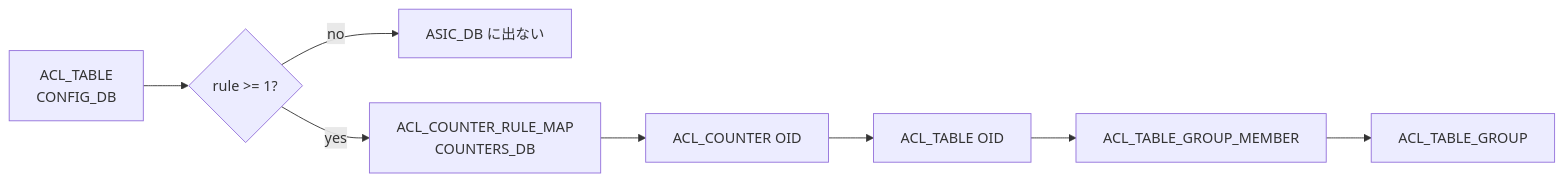
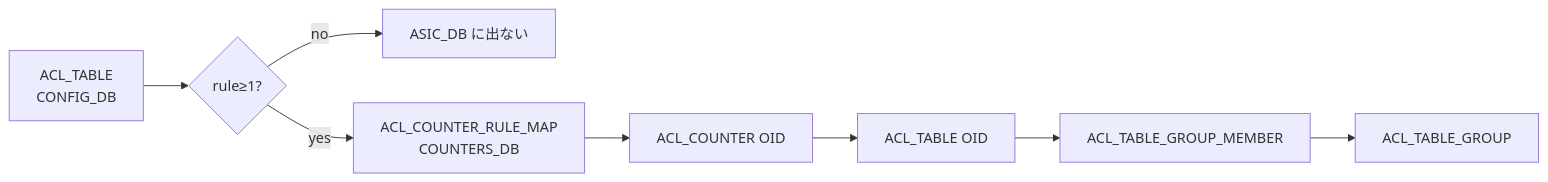
The diagram in docs/internals/dump-utility-for-easy-debugging.md (aoki-taquan/sonic-unofficial-docs), drawn with Mermaid before and after one commit. The commit also changed other lines of this file and 7 other files, not shown here.

````diff
--- a/docs/internals/dump-utility-for-easy-debugging.md
+++ b/docs/internals/dump-utility-for-easy-debugging.md
@@ -111,10 +82,10 @@
 ```mermaid
 flowchart LR
-  AT[ACL_TABLE<br>CONFIG_DB] --> H{rule >= 1?}
+  AT[ACL_TABLE<br>CONFIG_DB] --> H{rule≥1?}
   H -- no --> X[ASIC_DB に出ない]
   H -- yes --> ACR[ACL_COUNTER_RULE_MAP<br>COUNTERS_DB]
   ACR --> COID[ACL_COUNTER OID]
   COID --> TOID[ACL_TABLE OID]
   TOID --> TGM[ACL_TABLE_GROUP_MEMBER]
   TGM --> TG[ACL_TABLE_GROUP]
 ```
````
